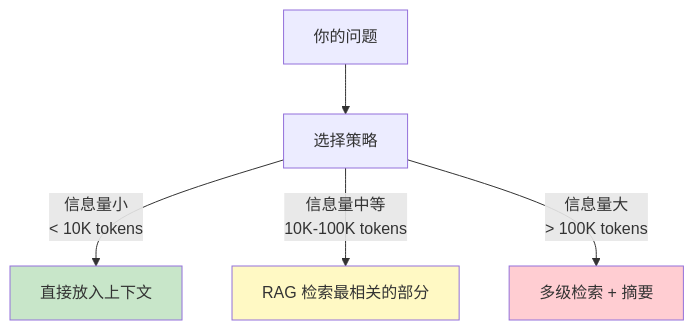
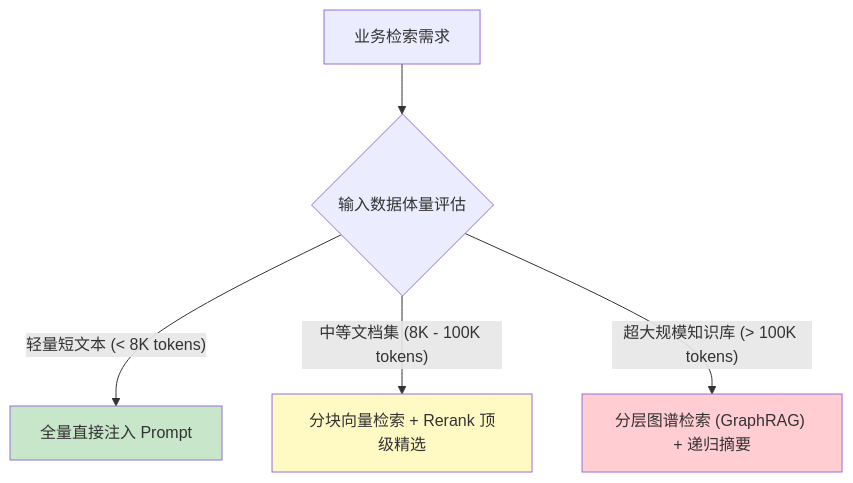
Before and after one commit to yingwang/thinking-in-llm: the sixth of 9 diagrams in chapters/06-limitations.md, drawn with Mermaid. The commit also changed other lines of this file and 31 other files, not shown here.

````diff
--- a/chapters/06-limitations.md
+++ b/chapters/06-limitations.md
@@ -493,11 +337,11 @@
 ```mermaid
 graph TD
-    Q["你的问题"] --> D1["选择策略"]
-    D1 -->|"信息量小<br>< 10K tokens"| S1["直接放入上下文"]
-    D1 -->|"信息量中等<br>10K-100K tokens"| S2["RAG 检索最相关的部分"]
-    D1 -->|"信息量大<br>> 100K tokens"| S3["多级检索 + 摘要"]
+    Q["业务检索需求"] --> D1{"输入数据体量评估"}
+    D1 -->|"轻量短文本 (< 8K tokens)"| S1["全量直接注入 Prompt"]
+    D1 -->|"中等文档集 (8K - 100K tokens)"| S2["分块向量检索 + Rerank 顶级精选"]
+    D1 -->|"超大规模知识库 (> 100K tokens)"| S3["分层图谱检索 (GraphRAG) + 递归摘要"]
     
     style S1 fill:#c8e6c9
     style S2 fill:#fff9c4
     style S3 fill:#ffcdd2
 ```
````
